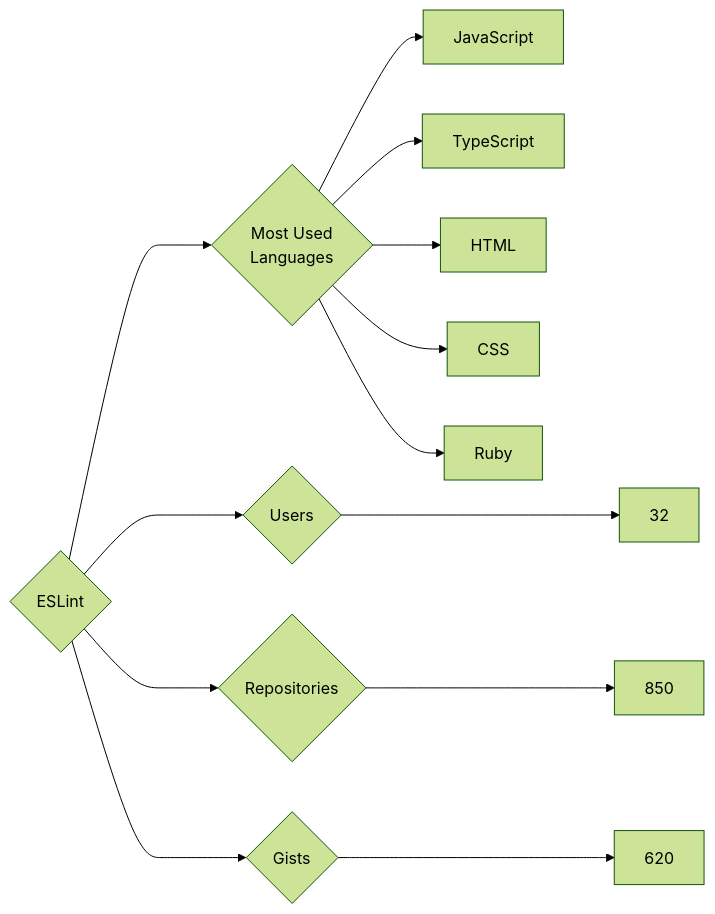
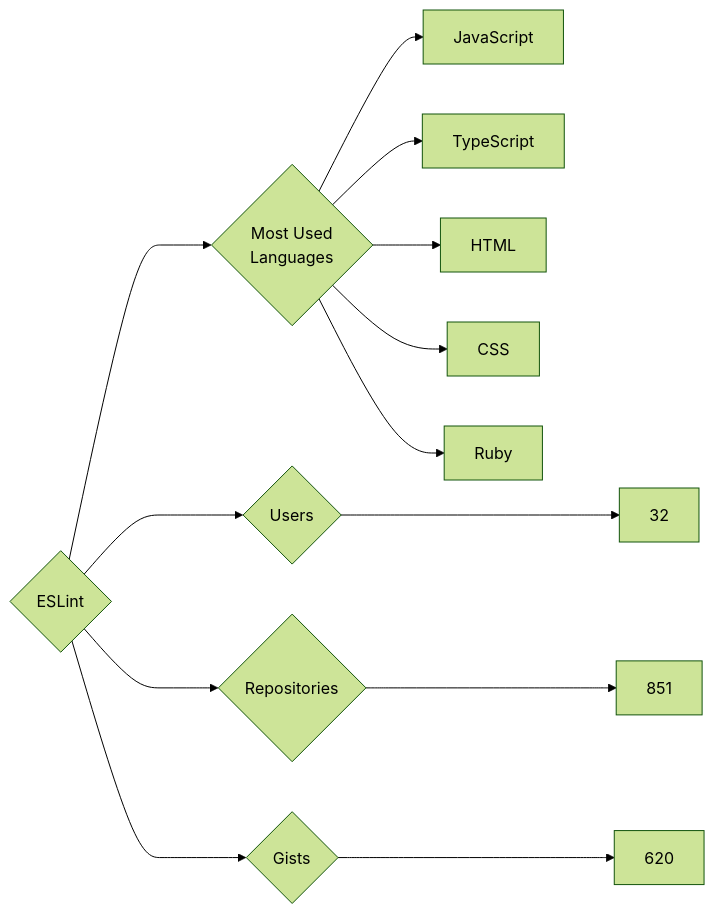
Before and after one commit to trickest/insiders: the diagram in targets/ESLint/README.md, drawn with Mermaid (forest theme). The commit also changed 775 other files, not shown here.

````diff
--- a/targets/ESLint/README.md
+++ b/targets/ESLint/README.md
@@ -3,13 +3,13 @@
 ```mermaid
 graph LR
 COMPANY_NAME{ESLint}
 COMPANY_NAME ---> U{Users} ---> UN[32]
-COMPANY_NAME ---> R{Repositories} ---> RN[850]
+COMPANY_NAME ---> R{Repositories} ---> RN[851]
 COMPANY_NAME ---> G{Gists} ---> GN[620]
 COMPANY_NAME ---> ML{Most Used<br>Languages}
 ML --> JavaScript[JavaScript]
 ML --> TypeScript[TypeScript]
 ML --> HTML[HTML]
 ML --> CSS[CSS]
 ML --> Ruby[Ruby]
 ```
````
